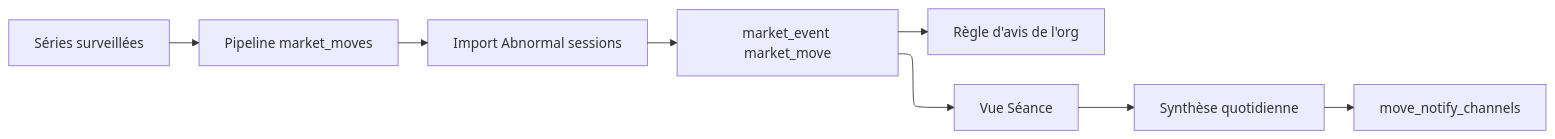
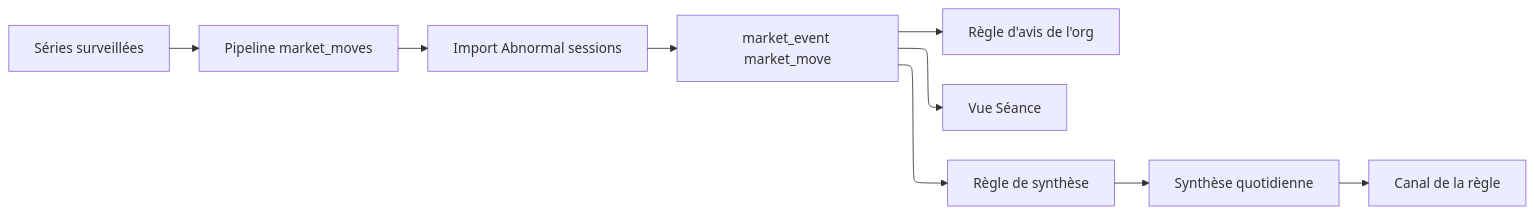
The fifth of 18 diagrams in docs/architecture/markets-research.md (Pnex/pnex-rs), drawn with Mermaid before and after one commit. The commit also changed other lines of this file and 17 other files, not shown here.

````diff
--- a/docs/architecture/markets-research.md
+++ b/docs/architecture/markets-research.md
@@ -136,14 +136,15 @@
 ```mermaid
 ---
 config:
   layout: elk
 ---
 flowchart LR
   ser[Séries surveillées] --> sql[Pipeline market_moves]
   sql --> imp[Import Abnormal sessions]
   imp --> ev[market_event market_move]
   ev --> rule[Règle d'avis de l'org]
   ev --> ses[Vue Séance]
-  ses --> sum[Synthèse quotidienne]
-  sum --> ch[move_notify_channels]
+  ev --> srule[Règle de synthèse]
+  srule --> sum[Synthèse quotidienne]
+  sum --> ch[Canal de la règle]
 ```
````
